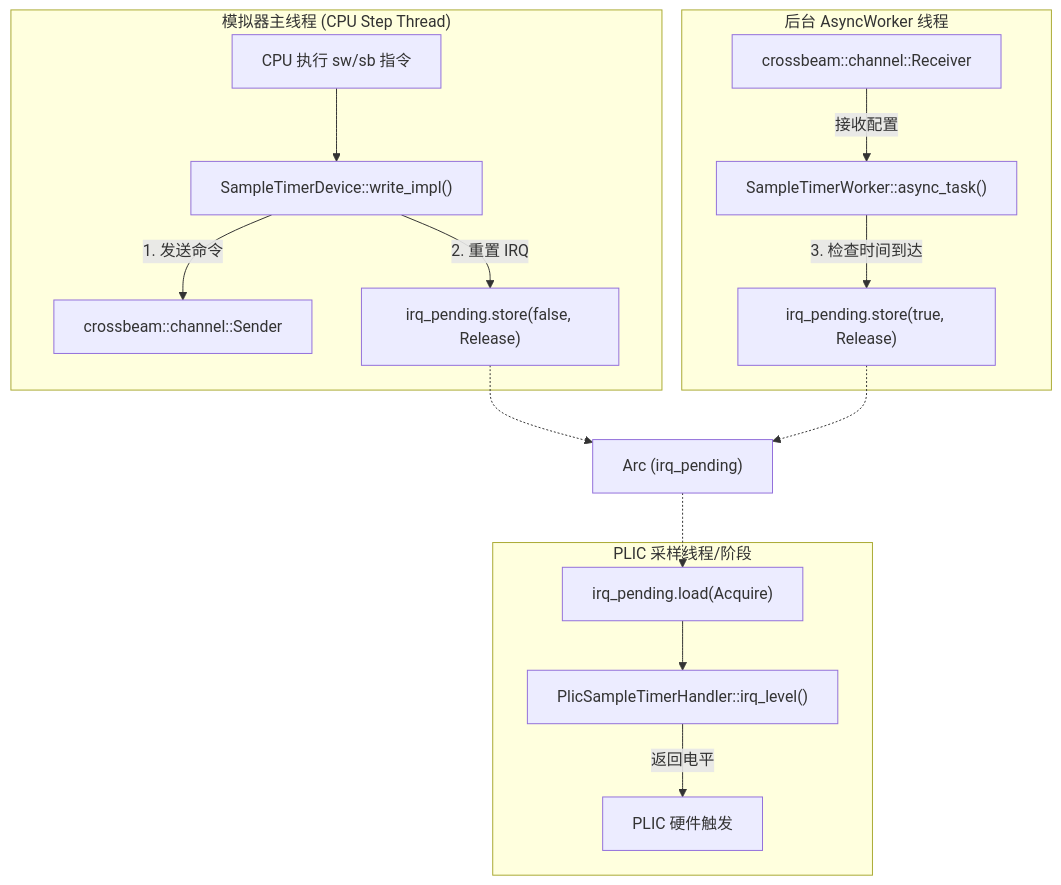
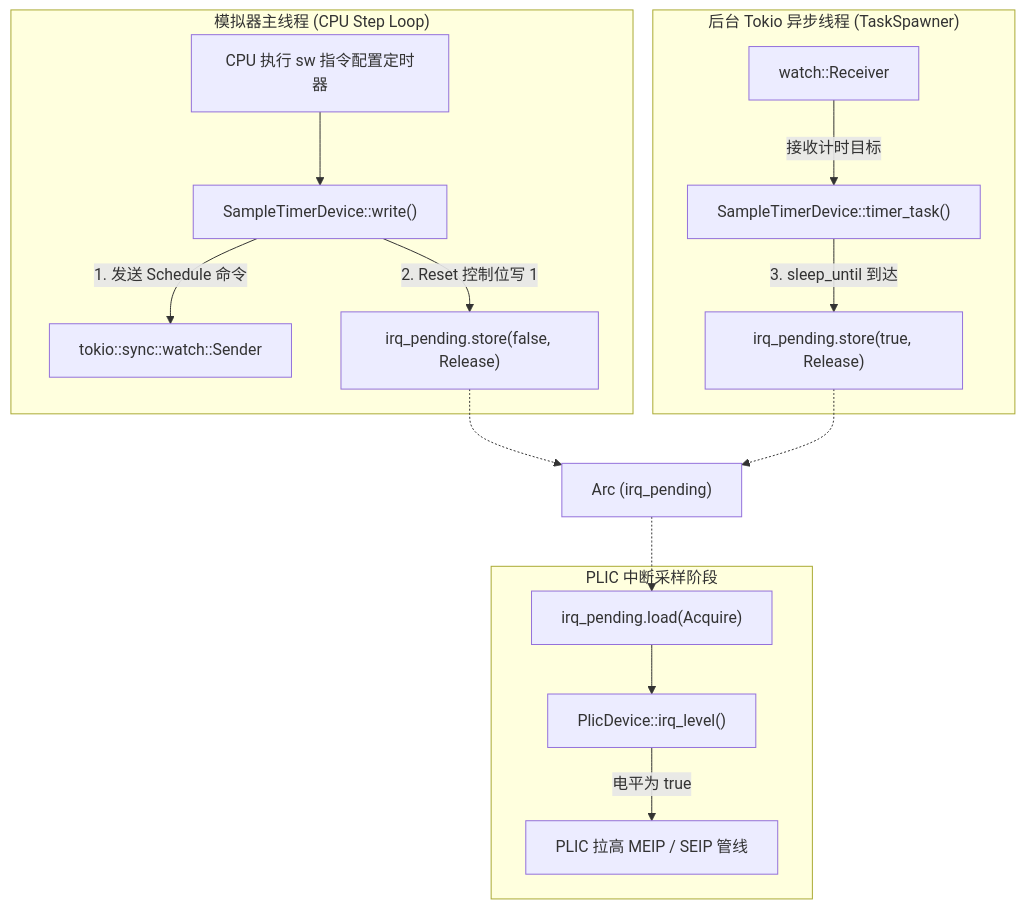
Before and after one commit to HEU-Direct-PhD-Program-in-CS/HEU-Direct-PhD-Program-in-CS.github.io: the third of 7 diagrams in content/projects/emu-exp-2026/Ch5.md, drawn with Mermaid. The commit also changed other lines of this file and 7 other files, not shown here.

````diff
--- a/content/projects/emu-exp-2026/Ch5.md
+++ b/content/projects/emu-exp-2026/Ch5.md
@@ -138,24 +184,24 @@
 ```mermaid
 flowchart TD
-    subgraph MainThread["模拟器主线程 (CPU Step Thread)"]
-        CPUWrite["CPU 执行 sw/sb 指令"] --> MMIO["SampleTimerDevice::write_impl()"]
-        MMIO -->|1. 发送命令| ChannelSender["crossbeam::channel::Sender"]
-        MMIO -->|2. 重置 IRQ| AtomicReset["irq_pending.store(false, Release)"]
+    subgraph MainThread["模拟器主线程 (CPU Step Loop)"]
+        CPUWrite["CPU 执行 sw 指令配置定时器"] --> MMIO["SampleTimerDevice::write()"]
+        MMIO -->|1. 发送 Schedule 命令| WatchTx["tokio::sync::watch::Sender"]
+        MMIO -->|2. Reset 控制位写 1| ResetAtomic["irq_pending.store(false, Release)"]
     end
 
-    subgraph AsyncWorkerThread["后台 AsyncWorker 线程"]
-        Worker["SampleTimerWorker::async_task()"]
-        ChannelReceiver["crossbeam::channel::Receiver"] -->|接收配置| Worker
-        Worker -->|3. 检查时间到达| AtomicSet["irq_pending.store(true, Release)"]
+    subgraph TokioThread["后台 Tokio 异步线程 (TaskSpawner)"]
+        TimerTask["SampleTimerDevice::timer_task()"]
+        WatchRx["watch::Receiver<TimerCommand>"] -->|接收计时目标| TimerTask
+        TimerTask -->|3. sleep_until 到达| SetAtomic["irq_pending.store(true, Release)"]
     end
 
-    subgraph PLICSampling["PLIC 采样线程/阶段"]
-        PlicHandler["PlicSampleTimerHandler::irq_level()"]
-        AtomicAcquire["irq_pending.load(Acquire)"] --> PlicHandler
-        PlicHandler -->|返回电平| PLICCore["PLIC 硬件触发"]
+    subgraph PLICThread["PLIC 中断采样阶段"]
+        PlicSample["PlicDevice::irq_level()"]
+        GetAtomic["irq_pending.load(Acquire)"] --> PlicSample
+        PlicSample -->|电平为 true| AssertMEIP["PLIC 拉高 MEIP / SEIP 管线"]
     end
 
-    AtomicReset -.-> irq_pending["Arc<AtomicBool> (irq_pending)"]
-    AtomicSet -.-> irq_pending
-    irq_pending -.-> AtomicAcquire
+    ResetAtomic -.-> SharedAtomic["Arc<AtomicBool> (irq_pending)"]
+    SetAtomic -.-> SharedAtomic
+    SharedAtomic -.-> GetAtomic
 ```
````
